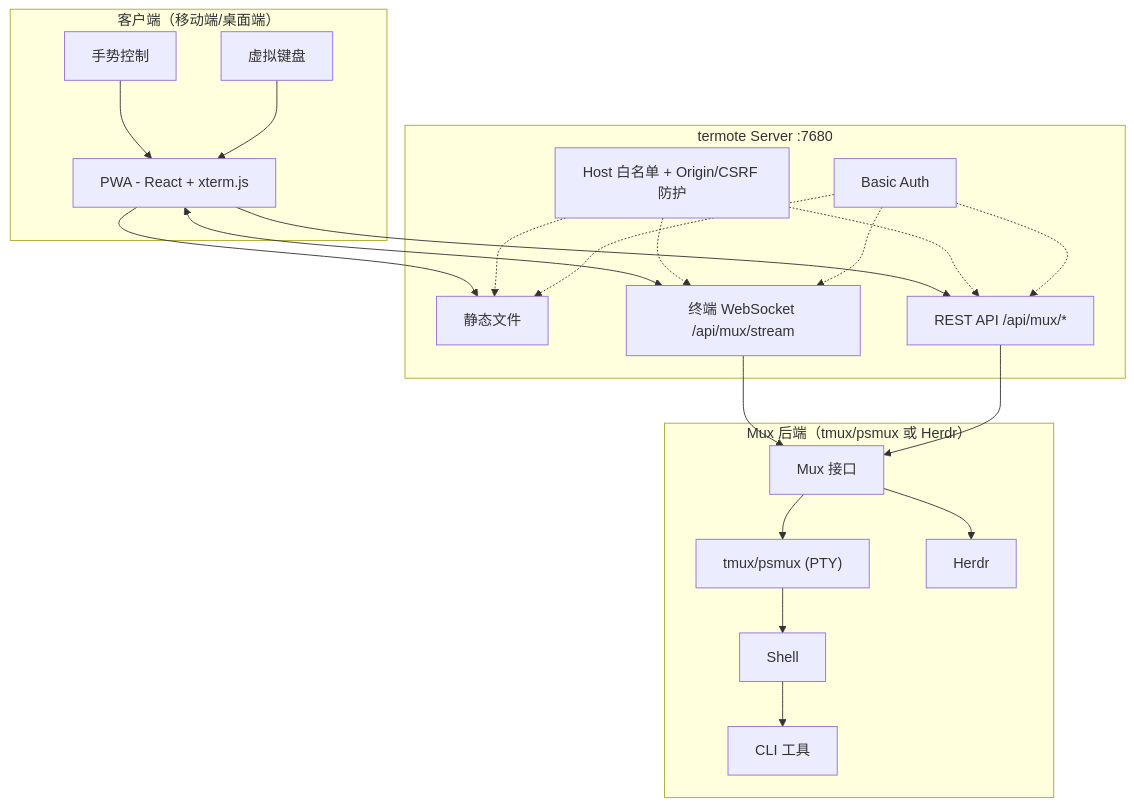
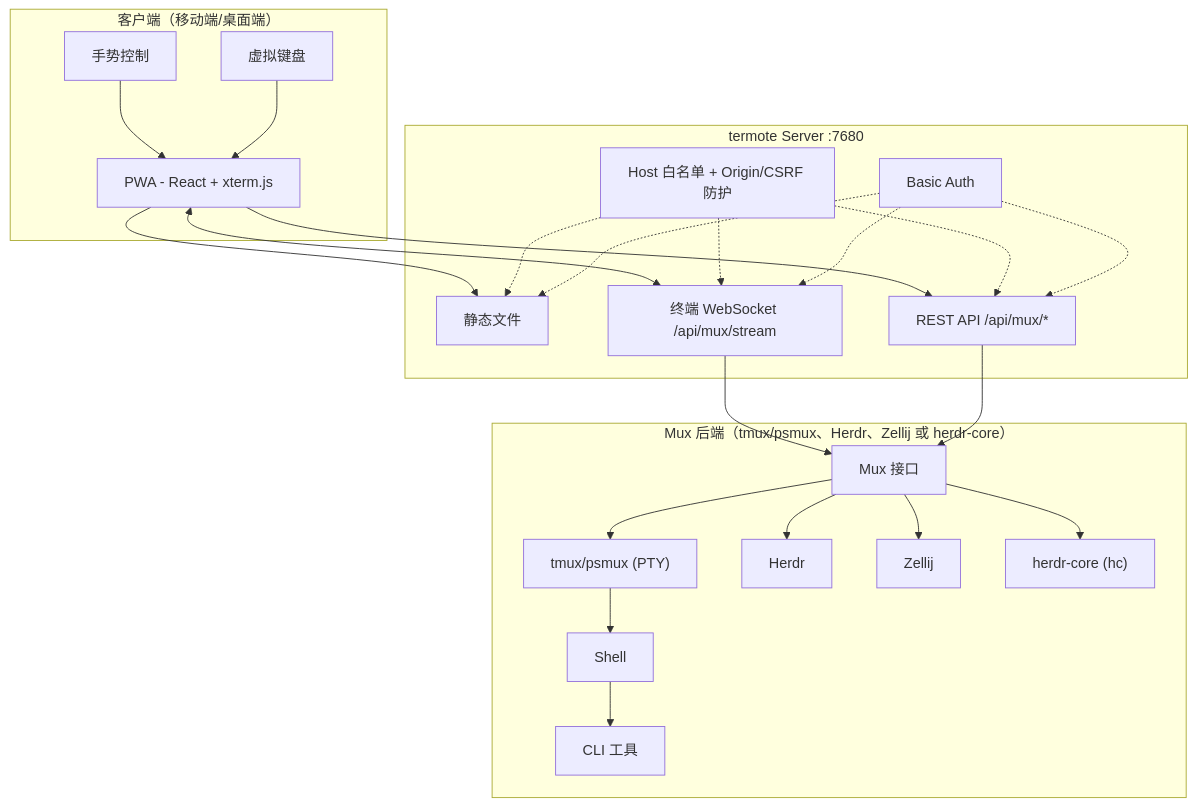
The first of 2 diagrams in README.zh-CN.md (lamngockhuong/termote), drawn with Mermaid before and after one commit. The commit also changed other lines of this file and 14 other files, not shown here.

````diff
--- a/README.zh-CN.md
+++ b/README.zh-CN.md
@@ -89,36 +91,38 @@
 ```mermaid
 flowchart TB
     subgraph Client["客户端（移动端/桌面端）"]
         PWA["PWA - React + xterm.js"]
         Gestures["手势控制"]
         Keyboard["虚拟键盘"]
     end
 
     subgraph Server["termote Server :7680"]
         Static["静态文件"]
         Stream["终端 WebSocket /api/mux/stream"]
         API["REST API /api/mux/*"]
         Guard["Host 白名单 + Origin/CSRF 防护"]
         Auth["Basic Auth"]
     end
 
-    subgraph Backend["Mux 后端（tmux/psmux 或 Herdr）"]
+    subgraph Backend["Mux 后端（tmux/psmux、Herdr、Zellij 或 herdr-core）"]
         Mux["Mux 接口"]
         tmux["tmux/psmux (PTY)"]
         herdr["Herdr"]
+        zellij["Zellij"]
+        hc["herdr-core (hc)"]
         Shell["Shell"]
         Tools["CLI 工具"]
     end
 
     Gestures --> PWA
     Keyboard --> PWA
     PWA --> Static
     PWA <--> Stream
     PWA --> API
     Guard -.-> Static & Stream & API
     Auth -.-> Static & Stream & API
     Stream --> Mux
     API --> Mux
-    Mux --> tmux & herdr
+    Mux --> tmux & herdr & zellij & hc
     tmux --> Shell --> Tools
 ```
````
